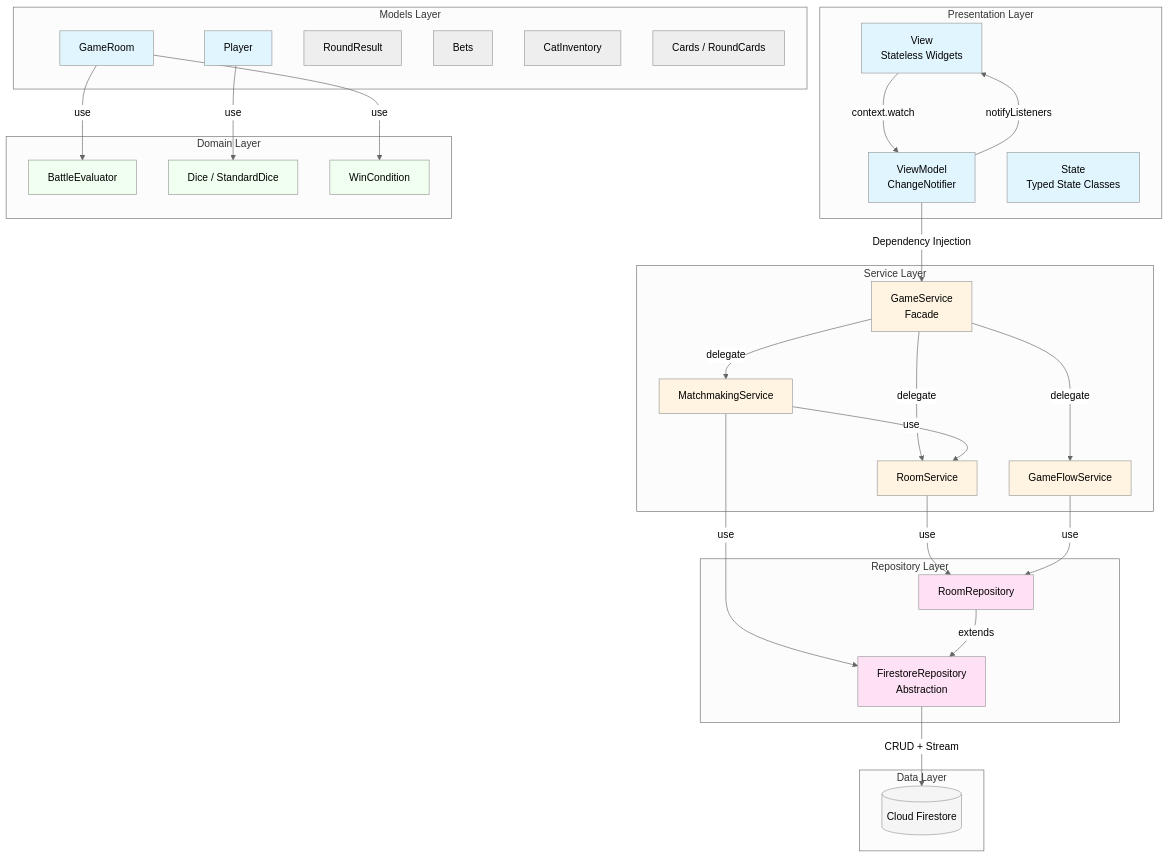
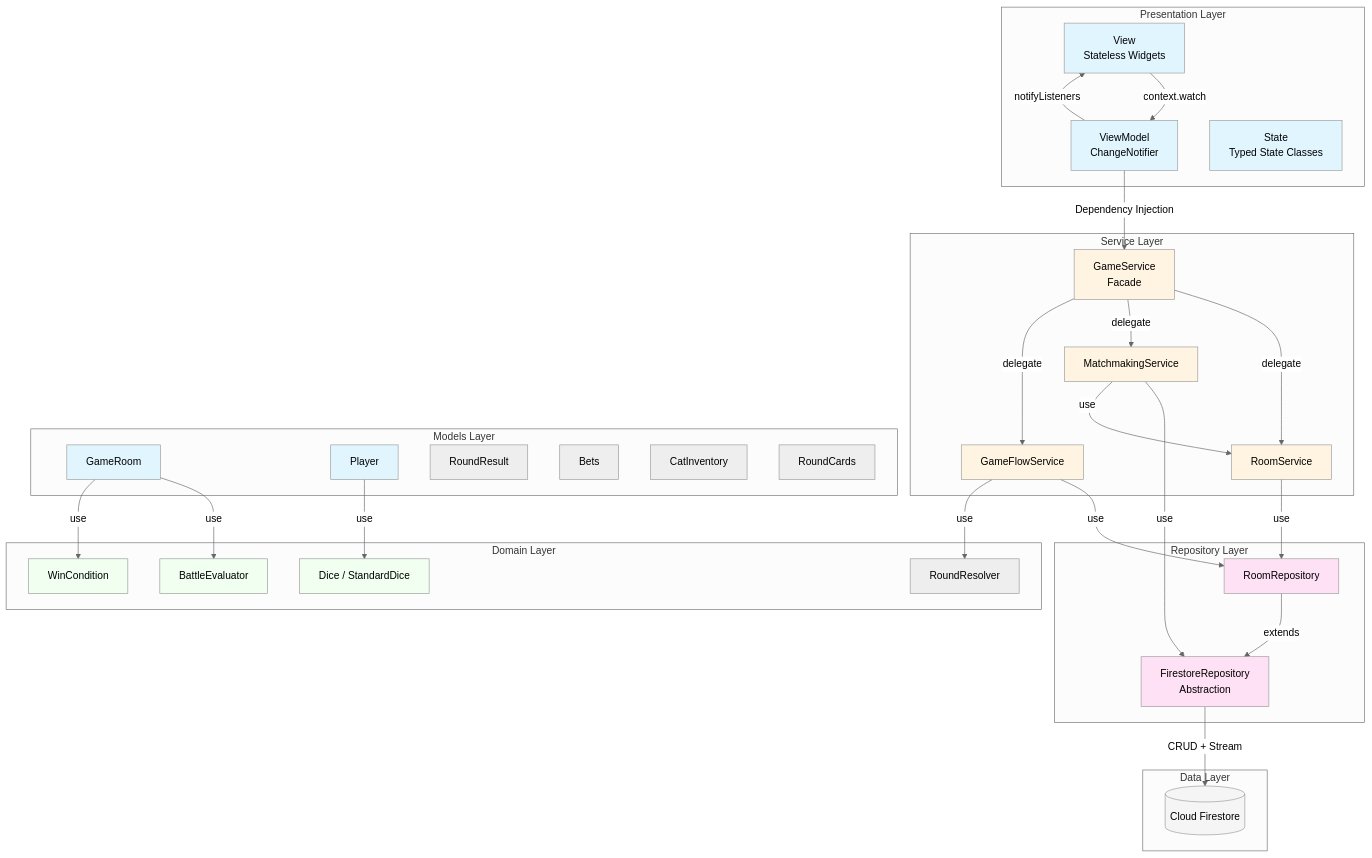
The first of 3 diagrams in docs/architecture/01_overview.md (YotaMomose/battle_for_the_cats_), drawn with Mermaid (neutral theme) before and after one commit. The commit also changed other lines of this file and 11 other files, not shown here.

````diff
--- a/docs/architecture/01_overview.md
+++ b/docs/architecture/01_overview.md
@@ -7,75 +7,77 @@
 ```mermaid
 graph TB
     subgraph "Presentation Layer"
         View[View<br/>Stateless Widgets]
         ViewModel[ViewModel<br/>ChangeNotifier]
         State[State<br/>Typed State Classes]
     end
     
     subgraph "Service Layer"
         GameService[GameService<br/>Facade]
         RoomService[RoomService]
         MatchmakingService[MatchmakingService]
         GameFlowService[GameFlowService]
     end
     
     subgraph "Domain Layer"
         BattleEvaluator[BattleEvaluator]
+        RoundResolver[RoundResolver]
         Dice[Dice / StandardDice]
         WinCondition[WinCondition]
     end
 
     subgraph "Models Layer"
         GameRoom[GameRoom]
         Player[Player]
         RoundResult[RoundResult]
         Bets[Bets]
         CatInventory[CatInventory]
-        Cards[Cards / RoundCards]
+        RoundCards[RoundCards]
     end
     
     subgraph "Repository Layer"
         RoomRepository[RoomRepository]
         FirestoreRepository[FirestoreRepository<br/>Abstraction]
     end
     
     subgraph "Data Layer"
         Firestore[(Cloud Firestore)]
     end
     
     View -->|context.watch| ViewModel
     ViewModel -->|notifyListeners| View
     ViewModel -->|Dependency Injection| GameService
     
     GameService -->|delegate| RoomService
     GameService -->|delegate| MatchmakingService
     GameService -->|delegate| GameFlowService
     
     RoomService -->|use| RoomRepository
     MatchmakingService -->|use| FirestoreRepository
     MatchmakingService -->|use| RoomService
     GameFlowService -->|use| RoomRepository
+    GameFlowService -->|use| RoundResolver
     
     GameRoom -->|use| BattleEvaluator
     GameRoom -->|use| WinCondition
     Player -->|use| Dice
     
     RoomRepository -->|extends| FirestoreRepository
     FirestoreRepository -->|CRUD + Stream| Firestore
     
     style View fill:#e1f5ff
     style ViewModel fill:#e1f5ff
     style State fill:#e1f5ff
     style GameService fill:#fff4e1
     style RoomService fill:#fff4e1
     style MatchmakingService fill:#fff4e1
     style GameFlowService fill:#fff4e1
     style BattleEvaluator fill:#f0fff0
     style Dice fill:#f0fff0
     style WinCondition fill:#f0fff0
     style GameRoom fill:#e1f5ff
     style Player fill:#e1f5ff
     style RoomRepository fill:#ffe1f5
     style FirestoreRepository fill:#ffe1f5
     style Firestore fill:#f5f5f5
 ```
````
